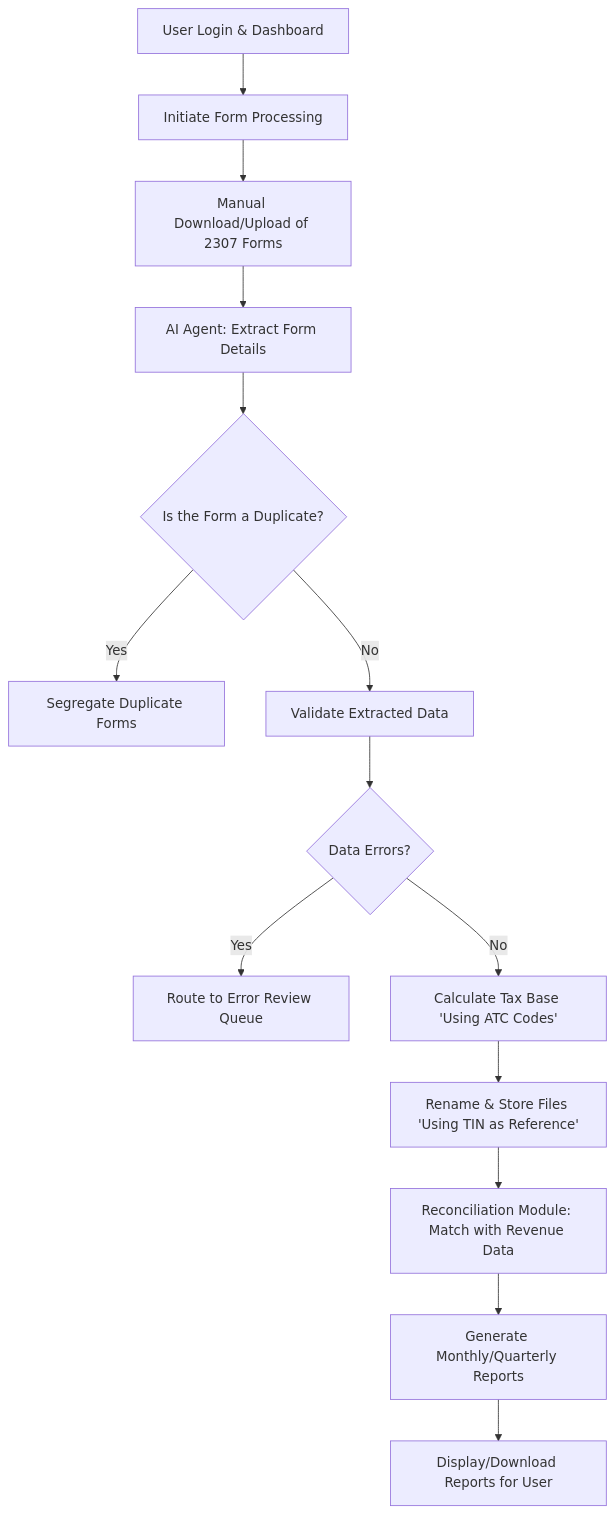
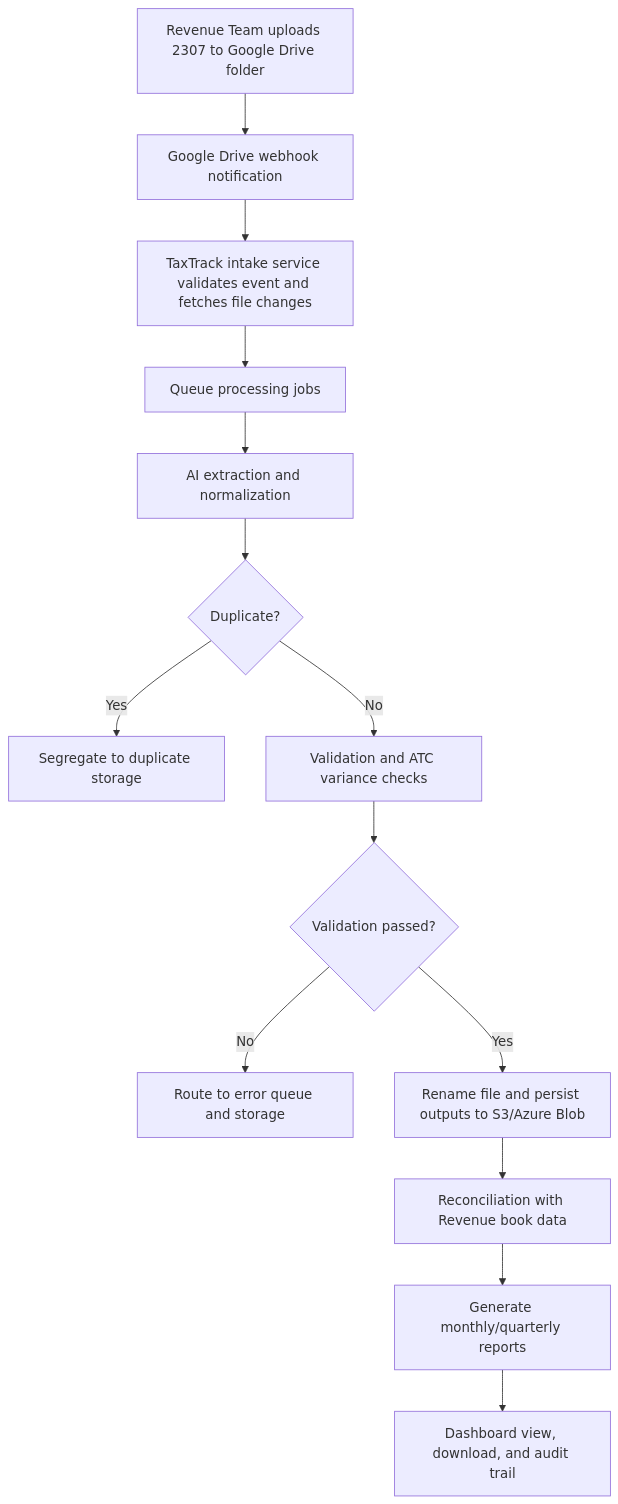
Before and after one commit to joseph-grospe/taxgenie-hackathon: the first of 2 diagrams in docs/WORKFLOW_DIAGRAM.MD, drawn with Mermaid. The commit also changed other lines of this file and 7 other files, not shown here.

````diff
--- a/docs/WORKFLOW_DIAGRAM.MD
+++ b/docs/WORKFLOW_DIAGRAM.MD
@@ -5,18 +5,16 @@
 ```mermaid
 flowchart TD
-    A["User Login & Dashboard"] --> B["Initiate Form Processing"]
-    B --> C["Manual Download/Upload of 2307 Forms"]
-    C --> D["AI Agent: Extract Form Details"]
-    D --> E{"Is the Form a Duplicate?"}
-    E -- Yes --> F["Segregate Duplicate Forms"]
-    E -- No --> G["Validate Extracted Data"]
-    G --> H{"Data Errors?"}
-    H -- Yes --> I["Route to Error Review Queue"]
-    H -- No --> J@{ label: "Calculate Tax Base 'Using ATC Codes'" }
-    J --> K@{ label: "Rename & Store Files 'Using TIN as Reference'" }
-    K --> L["Reconciliation Module: Match with Revenue Data"]
-    L --> M["Generate Monthly/Quarterly Reports"]
-    M --> N["Display/Download Reports for User"]
-    J@{ shape: rect}
-    K@{ shape: rect}
+    A[Revenue Team uploads 2307 to Google Drive folder] --> B[Google Drive webhook notification]
+    B --> C[TaxTrack intake service validates event and fetches file changes]
+    C --> D[Queue processing jobs]
+    D --> E[AI extraction and normalization]
+    E --> F{Duplicate?}
+    F -- Yes --> G[Segregate to duplicate storage]
+    F -- No --> H[Validation and ATC variance checks]
+    H --> I{Validation passed?}
+    I -- No --> J[Route to error queue and storage]
+    I -- Yes --> K[Rename file and persist outputs to S3/Azure Blob]
+    K --> L[Reconciliation with Revenue book data]
+    L --> M[Generate monthly/quarterly reports]
+    M --> N[Dashboard view, download, and audit trail]
 ```
````
